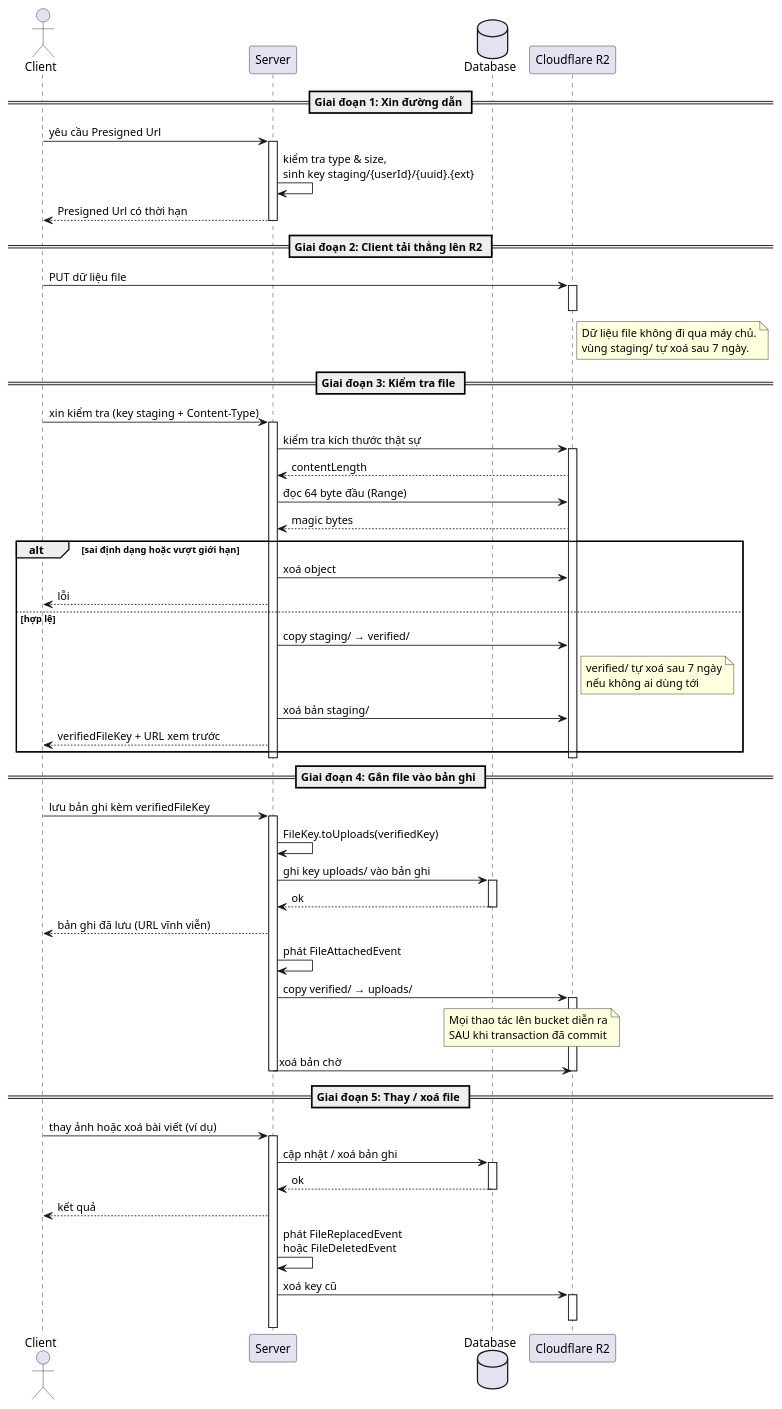
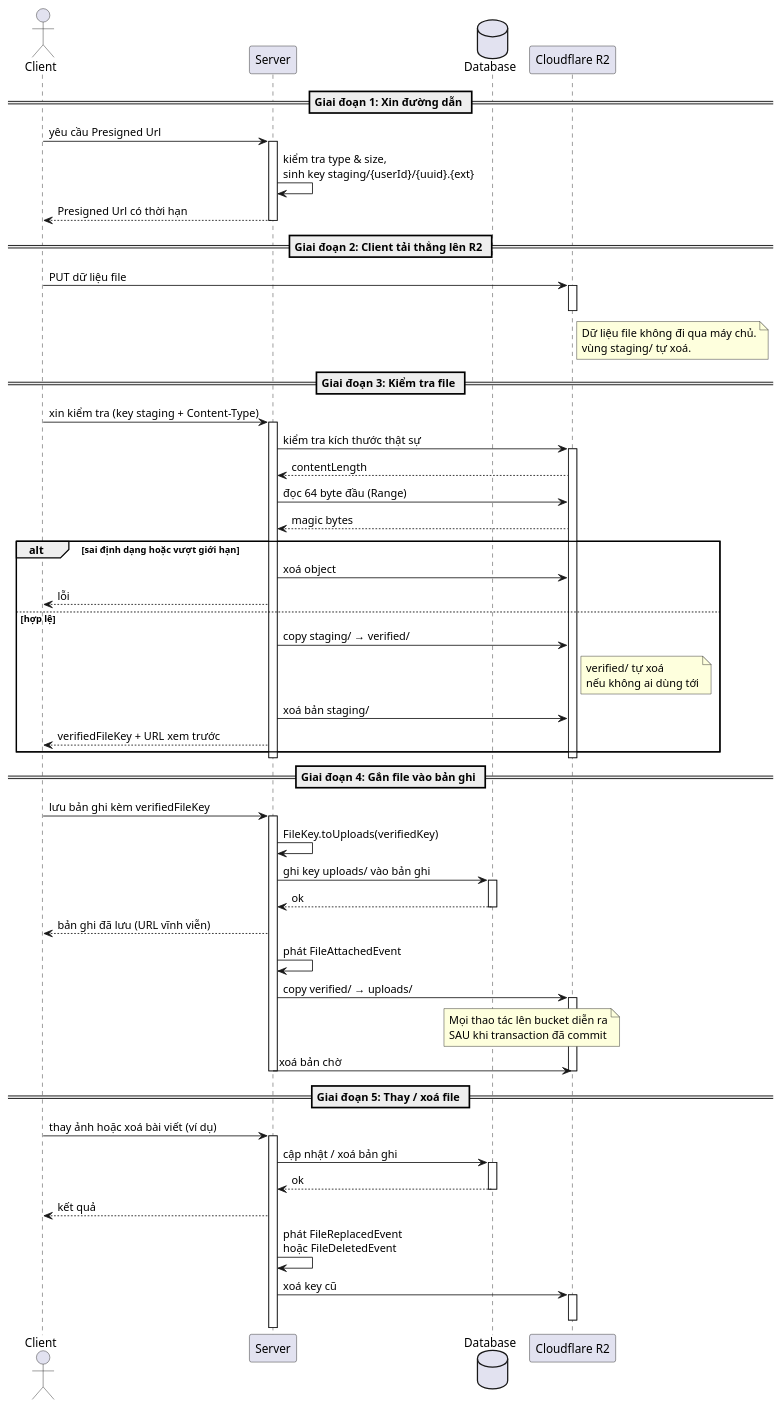
The diagram in docs/diagrams/sequence-diagram/File_Upload_Sequence.puml (trantrieuduong/Elingo-Language-Learning-System), drawn with PlantUML before and after one commit. The commit also changed 23 other files, not shown here.

First line of the commit message:
feat(file): refactor file service to two-event architecture with media validation

```diff
--- a/docs/diagrams/sequence-diagram/File_Upload_Sequence.puml
+++ b/docs/diagrams/sequence-diagram/File_Upload_Sequence.puml
@@ -1,81 +1,81 @@
 @startuml File_Upload_Sequence
 
 actor "Client" as Client
 participant "Server" as Server
 database "Database" as DB
 participant "Cloudflare R2" as R2
 
 == Giai đoạn 1: Xin đường dẫn ==
 Client -> Server: yêu cầu Presigned Url
 activate Server
 Server -> Server: kiểm tra type & size,\nsinh key staging/{userId}/{uuid}.{ext}
 Server --> Client: Presigned Url có thời hạn
 deactivate Server
 
 == Giai đoạn 2: Client tải thẳng lên R2 ==
 Client -> R2: PUT dữ liệu file
 activate R2
 deactivate R2
 note right of R2
   Dữ liệu file không đi qua máy chủ.
-  vùng staging/ tự xoá sau 7 ngày.
+  vùng staging/ tự xoá.
 end note
 
 == Giai đoạn 3: Kiểm tra file ==
 Client -> Server: xin kiểm tra (key staging + Content-Type)
 activate Server
 Server -> R2: kiểm tra kích thước thật sự
 activate R2
 R2 --> Server: contentLength
 Server -> R2: đọc 64 byte đầu (Range)
 R2 --> Server: magic bytes
 
 alt sai định dạng hoặc vượt giới hạn
     Server -> R2: xoá object
     Server --> Client: lỗi
 else hợp lệ
     Server -> R2: copy staging/ → verified/
     note right of R2
-      verified/ tự xoá sau 7 ngày
+      verified/ tự xoá
       nếu không ai dùng tới
     end note
     Server -> R2: xoá bản staging/
     Server --> Client: verifiedFileKey + URL xem trước
 end
 deactivate Server
 deactivate R2
 
 == Giai đoạn 4: Gắn file vào bản ghi ==
 Client -> Server: lưu bản ghi kèm verifiedFileKey
 activate Server
 Server -> Server: FileKey.toUploads(verifiedKey)
 Server -> DB: ghi key uploads/ vào bản ghi
 activate DB
 DB --> Server: ok
 deactivate DB
 Server --> Client: bản ghi đã lưu (URL vĩnh viễn)
 Server -> Server: phát FileAttachedEvent
 Server -> R2: copy verified/ → uploads/
 activate R2
 note over DB, R2
   Mọi thao tác lên bucket diễn ra
   SAU khi transaction đã commit
 end note
 Server -> R2: xoá bản chờ
 deactivate R2
 deactivate Server
 
 == Giai đoạn 5: Thay / xoá file ==
 Client -> Server: thay ảnh hoặc xoá bài viết (ví dụ)
 activate Server
 Server -> DB: cập nhật / xoá bản ghi
 activate DB
 DB --> Server: ok
 deactivate DB
 Server --> Client: kết quả
 Server -> Server: phát FileReplacedEvent\nhoặc FileDeletedEvent
 Server -> R2: xoá key cũ
 activate R2
 deactivate R2
 
 @enduml
```
